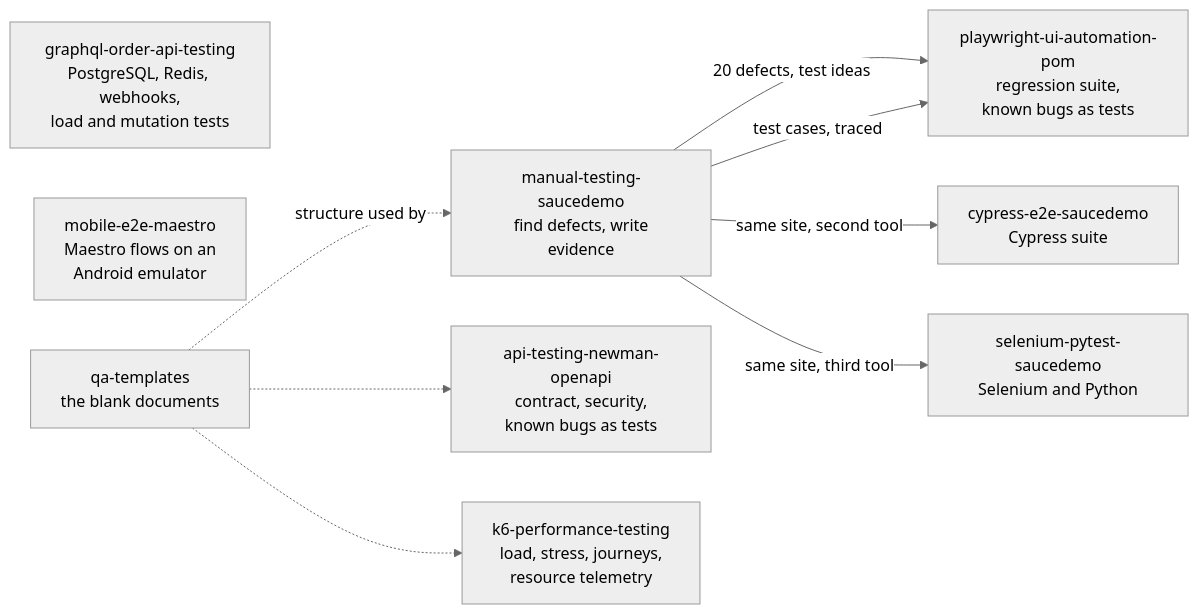
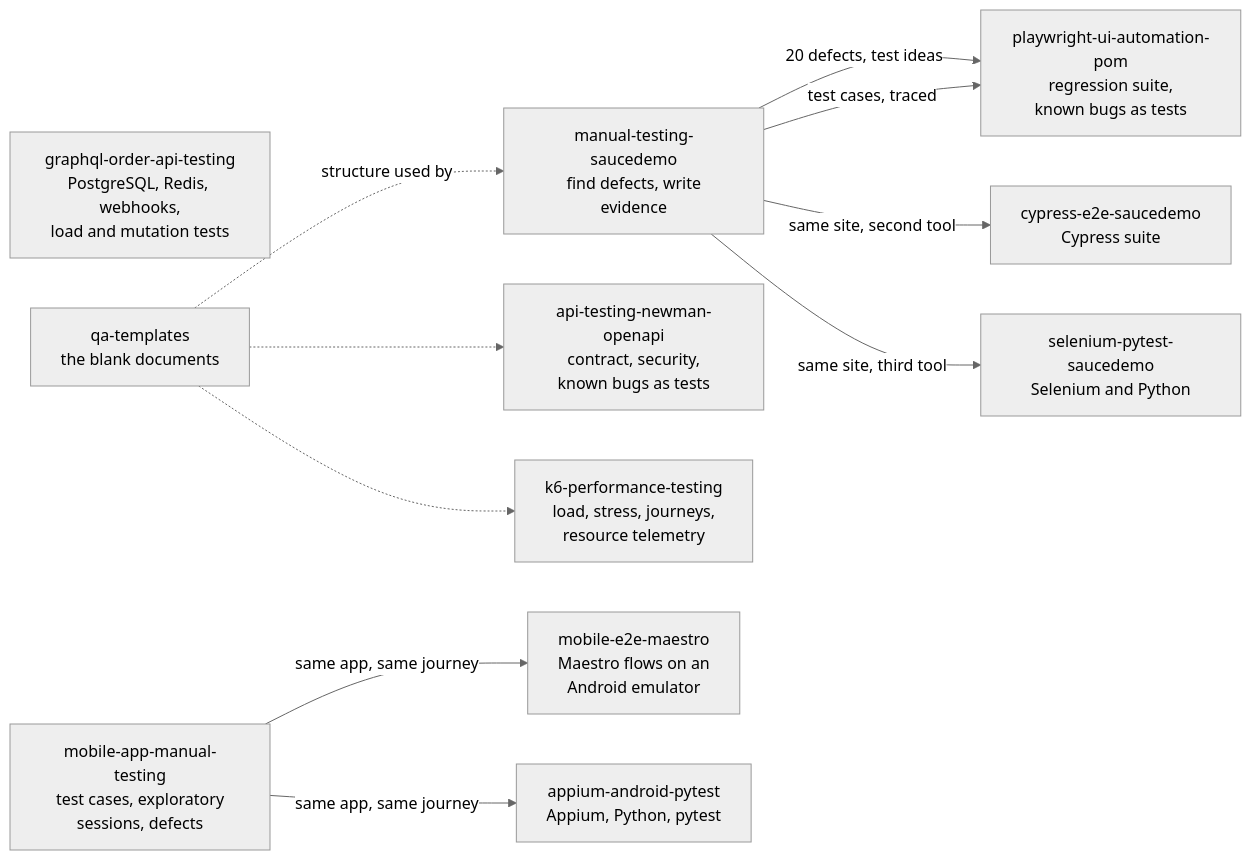
The diagram in README.md (jahidulislamrihan26/sqa-portfolio), drawn with Mermaid (neutral theme) before and after one commit. The commit also changed other lines of this file and 2 other files, not shown here.

Commit message:
Hub and portfolio: add the manual mobile testing package and the Appium suite

````diff
--- a/README.md
+++ b/README.md
@@ -26,14 +28,18 @@
 ```mermaid
 flowchart LR
     M[manual-testing-saucedemo<br/>find defects, write<br/>evidence] -->|20 defects, test ideas| A[playwright-ui-automation-pom<br/>regression suite,<br/>known bugs as tests]
     M -->|test cases, traced| A
     M -->|same site, second tool| C[cypress-e2e-saucedemo<br/>Cypress suite]
     M -->|same site, third tool| S[selenium-pytest-saucedemo<br/>Selenium and Python]
     API[api-testing-newman-openapi<br/>contract, security,<br/>known bugs as tests]
     G[graphql-order-api-testing<br/>PostgreSQL, Redis, webhooks,<br/>load and mutation tests]
     MB[mobile-e2e-maestro<br/>Maestro flows on an<br/>Android emulator]
+    MM[mobile-app-manual-testing<br/>test cases, exploratory<br/>sessions, defects]
+    AP[appium-android-pytest<br/>Appium, Python, pytest]
+    MM -->|same app, same journey| MB
+    MM -->|same app, same journey| AP
     P[k6-performance-testing<br/>load, stress, journeys,<br/>resource telemetry]
     T[qa-templates<br/>the blank documents] -.->|structure used by| M
     T -.-> API
     T -.-> P
 ```
````
